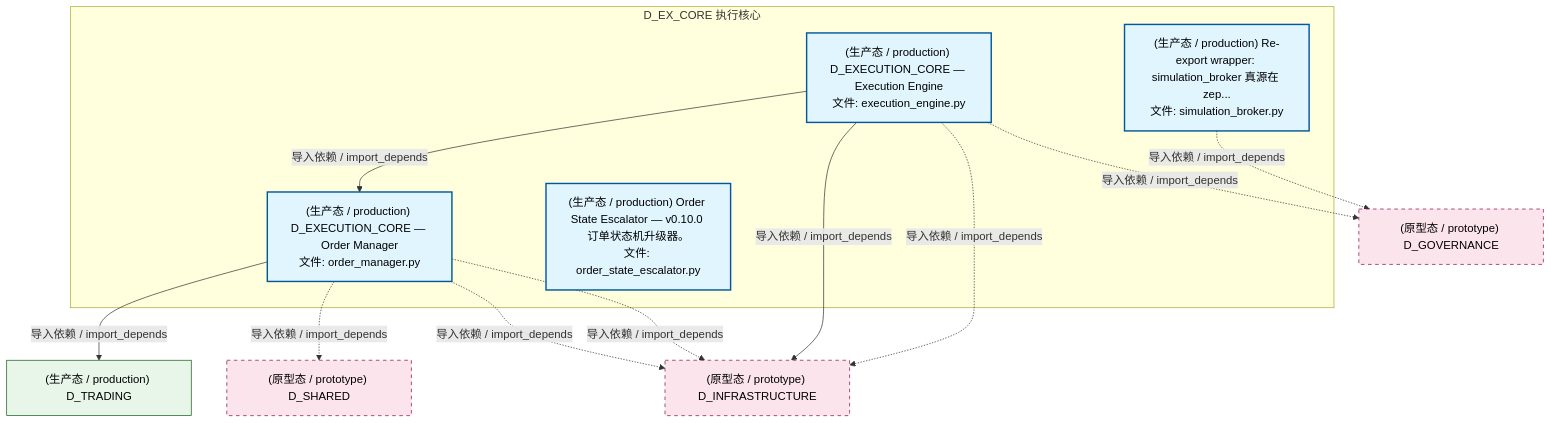
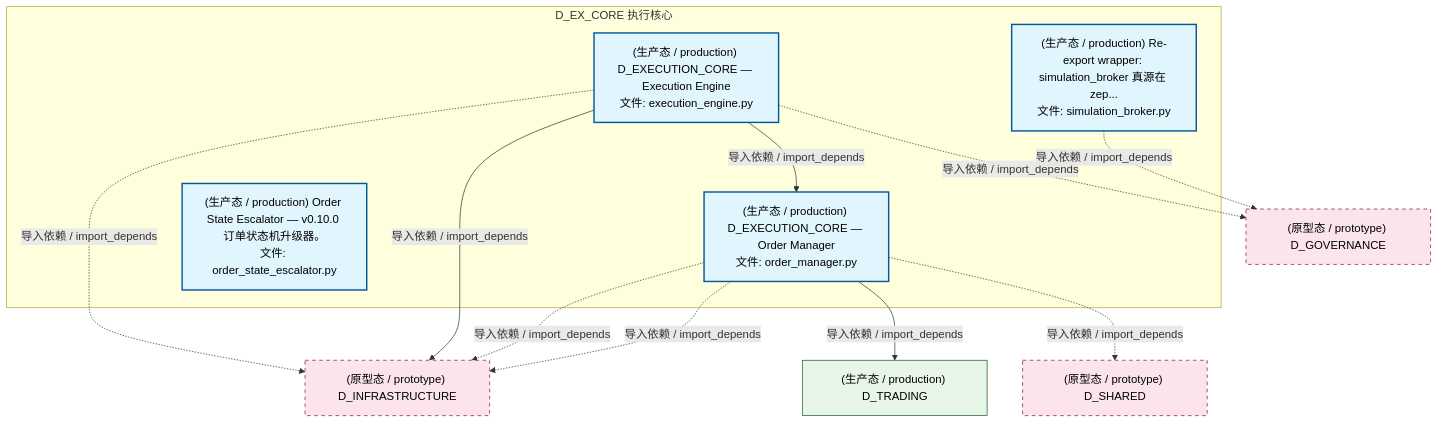
Before and after one commit to xuanFelixVan/ZephyrAlpha: the second of 5 diagrams in docs/02_enterprise_architecture/02_domain_architecture_docs/34_d_ex_core.md, drawn with Mermaid. The commit also changed other lines of this file and 86 other files, not shown here.

````diff
--- a/docs/02_enterprise_architecture/02_domain_architecture_docs/34_d_ex_core.md
+++ b/docs/02_enterprise_architecture/02_domain_architecture_docs/34_d_ex_core.md
@@ -126,29 +126,29 @@
 ```mermaid
 graph TD
     subgraph D_EX_CORE["D_EX_CORE 执行核心"]
         src_zephyr_ex_core_adapters_simulation_broker_py["(生产态 / production) Re-export wrapper: simulation_broker 真源在 zep...<br/>文件: simulation_broker.py"]
         src_zephyr_ex_core_execution_engine_py["(生产态 / production) D_EXECUTION_CORE — Execution Engine<br/>文件: execution_engine.py"]
         src_zephyr_ex_core_order_manager_py["(生产态 / production) D_EXECUTION_CORE — Order Manager<br/>文件: order_manager.py"]
         src_zephyr_governance_escalation_order_state_escalator_py["(生产态 / production) Order State Escalator — v0.10.0 订单状态机升级器。<br/>文件: order_state_escalator.py"]
     end
     src_zephyr_ex_core_execution_engine_py -->|导入依赖 / import_depends| src_zephyr_ex_core_order_manager_py
+    D_INFRASTRUCTURE["(原型态 / prototype) D_INFRASTRUCTURE"]
+    src_zephyr_ex_core_execution_engine_py -.->|导入依赖 / import_depends| D_INFRASTRUCTURE
+    D_GOVERNANCE["(原型态 / prototype) D_GOVERNANCE"]
+    src_zephyr_ex_core_execution_engine_py -.->|导入依赖 / import_depends| D_GOVERNANCE
+    src_zephyr_ex_core_execution_engine_py -->|导入依赖 / import_depends| D_INFRASTRUCTURE
+    src_zephyr_ex_core_order_manager_py -.->|导入依赖 / import_depends| D_INFRASTRUCTURE
+    src_zephyr_ex_core_order_manager_py -.->|导入依赖 / import_depends| D_INFRASTRUCTURE
     D_TRADING["(生产态 / production) D_TRADING"]
     src_zephyr_ex_core_order_manager_py -->|导入依赖 / import_depends| D_TRADING
     D_SHARED["(原型态 / prototype) D_SHARED"]
     src_zephyr_ex_core_order_manager_py -.->|导入依赖 / import_depends| D_SHARED
-    D_INFRASTRUCTURE["(原型态 / prototype) D_INFRASTRUCTURE"]
-    src_zephyr_ex_core_order_manager_py -.->|导入依赖 / import_depends| D_INFRASTRUCTURE
-    src_zephyr_ex_core_order_manager_py -.->|导入依赖 / import_depends| D_INFRASTRUCTURE
-    src_zephyr_ex_core_execution_engine_py -->|导入依赖 / import_depends| D_INFRASTRUCTURE
-    D_GOVERNANCE["(原型态 / prototype) D_GOVERNANCE"]
-    src_zephyr_ex_core_execution_engine_py -.->|导入依赖 / import_depends| D_GOVERNANCE
-    src_zephyr_ex_core_execution_engine_py -.->|导入依赖 / import_depends| D_INFRASTRUCTURE
     src_zephyr_ex_core_adapters_simulation_broker_py -.->|导入依赖 / import_depends| D_GOVERNANCE
     classDef production fill:#e1f5fe,stroke:#01579b,stroke-width:2px,color:#000
     classDef design fill:#fff3e0,stroke:#e65100,stroke-width:2px,color:#000,stroke-dasharray: 5 5
     classDef external_prod fill:#e8f5e9,stroke:#1b5e20,stroke-width:1px,color:#000
     classDef external_design fill:#fce4ec,stroke:#880e4f,stroke-width:1px,color:#000,stroke-dasharray: 5 5
     class src_zephyr_ex_core_adapters_simulation_broker_py,src_zephyr_ex_core_execution_engine_py,src_zephyr_ex_core_order_manager_py,src_zephyr_governance_escalation_order_state_escalator_py production
     class D_TRADING external_prod
-    class D_SHARED,D_INFRASTRUCTURE,D_GOVERNANCE external_design
+    class D_INFRASTRUCTURE,D_GOVERNANCE,D_SHARED external_design
 ```
````
